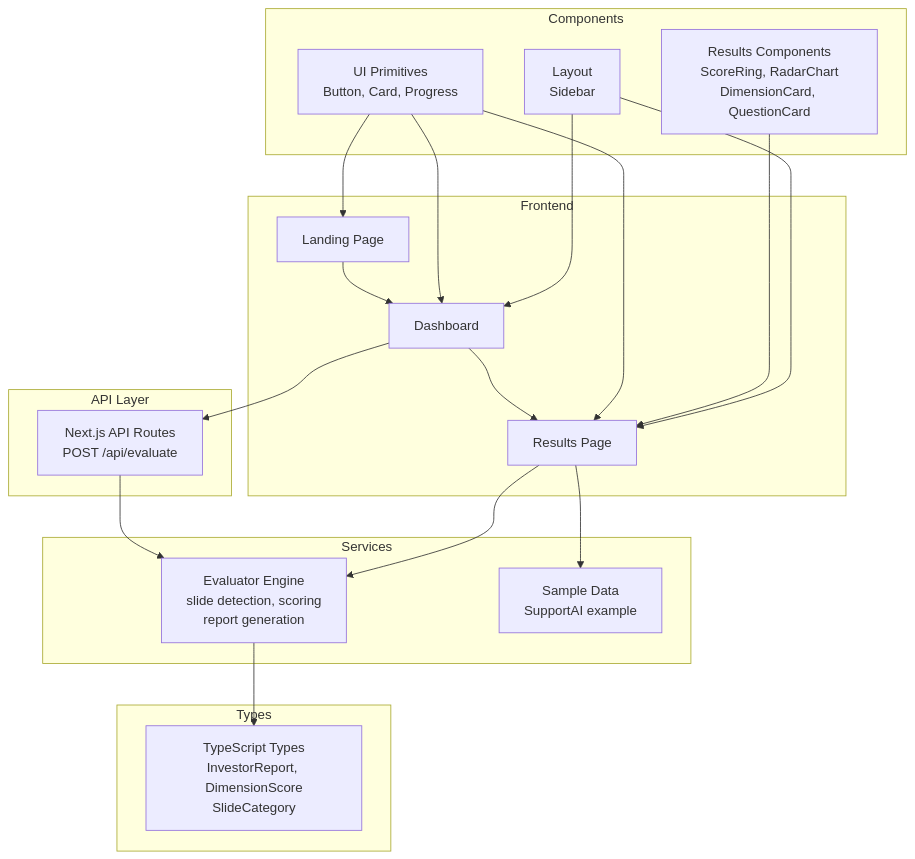
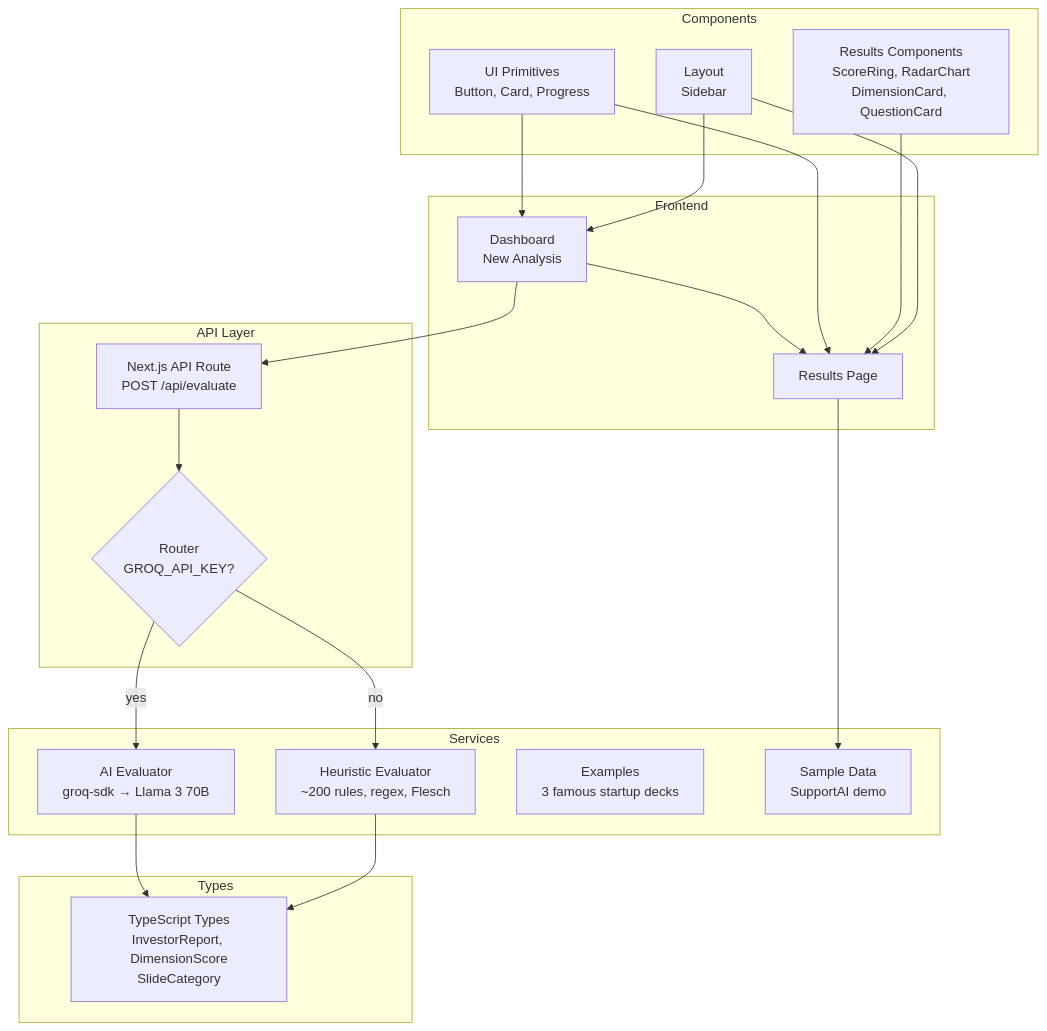
The first of 3 diagrams in ARCHITECTURE.md (Karim1412/venturelens), drawn with Mermaid before and after one commit. The commit also changed other lines of this file and 1 other file, not shown here.

Commit message:
Update architecture and folder structure for Groq AI

````diff
--- a/ARCHITECTURE.md
+++ b/ARCHITECTURE.md
@@ -3,41 +3,43 @@
 ```mermaid
 graph TB
     subgraph "Frontend"
-        L[Landing Page]
-        D[Dashboard]
+        D[Dashboard<br/>New Analysis]
         R[Results Page]
     end
 
     subgraph "Components"
         UI[UI Primitives<br/>Button, Card, Progress]
         RES[Results Components<br/>ScoreRing, RadarChart<br/>DimensionCard, QuestionCard]
         LAY[Layout<br/>Sidebar]
     end
 
     subgraph "API Layer"
-        API[Next.js API Routes<br/>POST /api/evaluate]
+        API[Next.js API Route<br/>POST /api/evaluate]
+        ROUTER{Router<br/>GROQ_API_KEY?}
     end
 
     subgraph "Services"
-        EV[Evaluator Engine<br/>slide detection, scoring<br/>report generation]
-        SD[Sample Data<br/>SupportAI example]
+        AIEV[AI Evaluator<br/>groq-sdk → Llama 3 70B]
+        HEV[Heuristic Evaluator<br/>~200 rules, regex, Flesch]
+        EX[Examples<br/>3 famous startup decks]
+        SD[Sample Data<br/>SupportAI demo]
     end
 
     subgraph "Types"
         T[TypeScript Types<br/>InvestorReport, DimensionScore<br/>SlideCategory]
     end
 
-    L --> D
     D --> API
-    API --> EV
-    EV --> T
+    API --> ROUTER
+    ROUTER -->|yes| AIEV
+    ROUTER -->|no| HEV
+    AIEV --> T
+    HEV --> T
     D --> R
-    R --> EV
     R --> SD
-    UI --> L
     UI --> D
     UI --> R
     RES --> R
     LAY --> D
     LAY --> R
 ```
````
